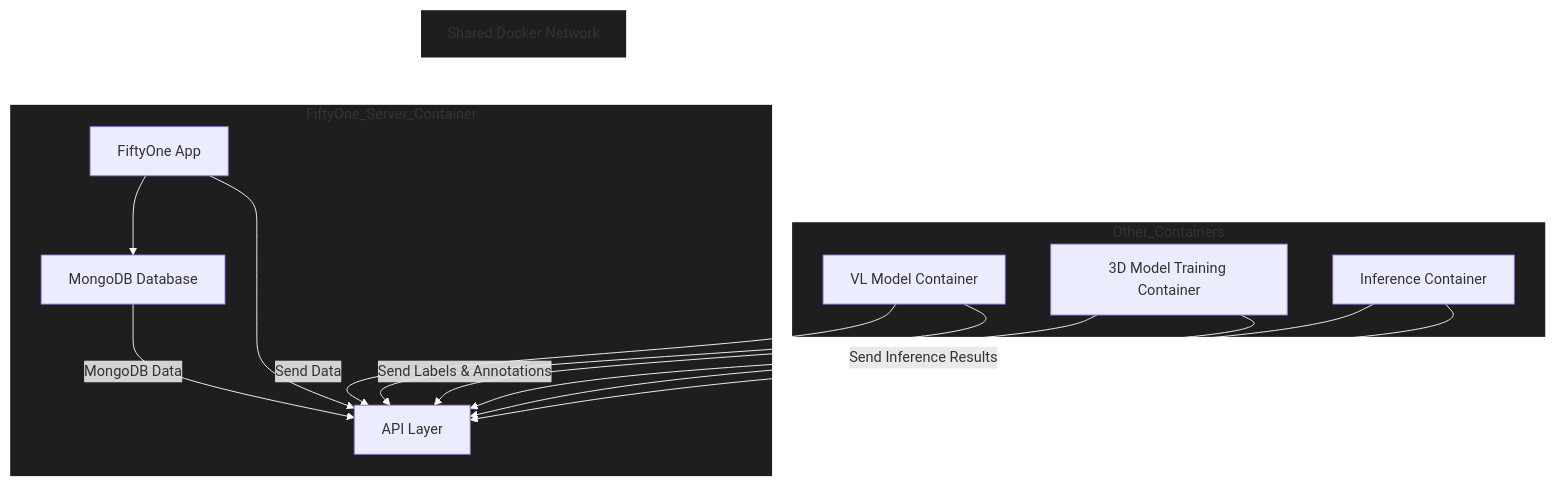
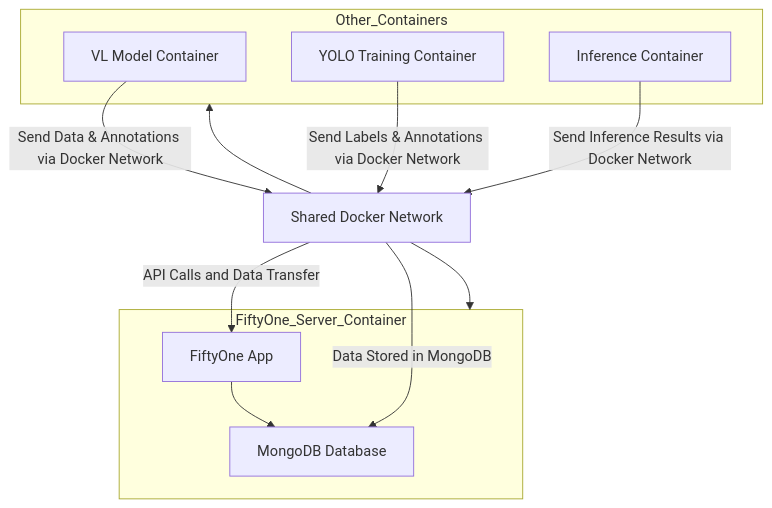
Before and after one commit to mrgares/Voxel51_setup: the diagram in README.md, drawn with Mermaid.

Commit message:
fix: added a better structure for the diagram

````diff
--- a/README.md
+++ b/README.md
@@ -5,43 +5,33 @@
 ```mermaid
 graph TD
-    %% Separate the FiftyOne server container elements more clearly
+    %% FiftyOne server setup
     subgraph FiftyOne_Server_Container
         A1[FiftyOne App]
         A2[MongoDB Database]
-        A3[API Layer]
         A1 --> A2
-        A1 --> A3
-        A2 --> |MongoDB Data| A3
     end
     
-    %% Other containers are placed with clearer labeling
+    %% Other containers
     subgraph Other_Containers
         B1[VL Model Container]
-        B2[3D Model Training Container]
+        B2[YOLO Training Container]
         B3[Inference Container]
     end
 
-    %% Shared network block connecting FiftyOne Server and Other Containers
+    %% Shared Docker network
     C[Shared Docker Network]
     C --> FiftyOne_Server_Container
     C --> Other_Containers
 
-    %% Create clearer separation for each container's API access
-    FiftyOne_Server_Container 
-    B1 --> |Send Data| A3
-    B2 --> |Send Labels & Annotations| A3
-    B3 --> |Send Inference Results| A3
+    %% Communication between containers via shared network
+    B1 --> |Send Data & Annotations via Docker Network| C
+    B2 --> |Send Labels & Annotations via Docker Network| C
+    B3 --> |Send Inference Results via Docker Network| C
 
-    %% Add space to reduce line crossings
-    B1 --> A3
-    B2 --> A3
-    B3 --> A3
+    %% Interaction with FiftyOne app and MongoDB through the network
+    C --> |API Calls and Data Transfer| A1
+    C --> |Data Stored in MongoDB| A2
 
-    %% Styling for clarity
-    style FiftyOne_Server_Container fill:#1E1E1E,stroke:#FFFFFF,stroke-width:2px;
-    style Other_Containers fill:#1E1E1E,stroke:#FFFFFF,stroke-width:2px;
-    style C fill:#1E1E1E,stroke:#FFFFFF,stroke-width:2px;
-    linkStyle default stroke:#FFFFFF,stroke-width:1px;
 
 
 ```
````
